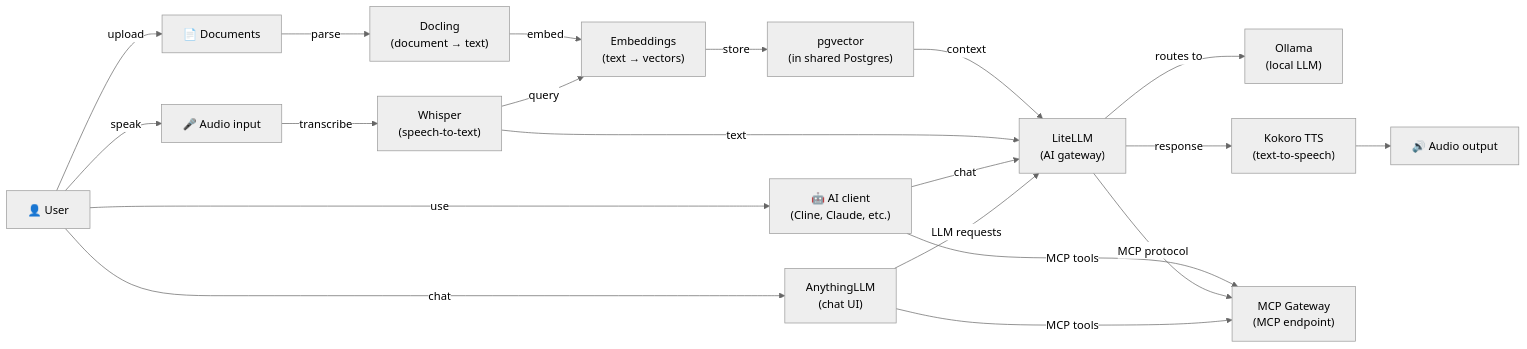
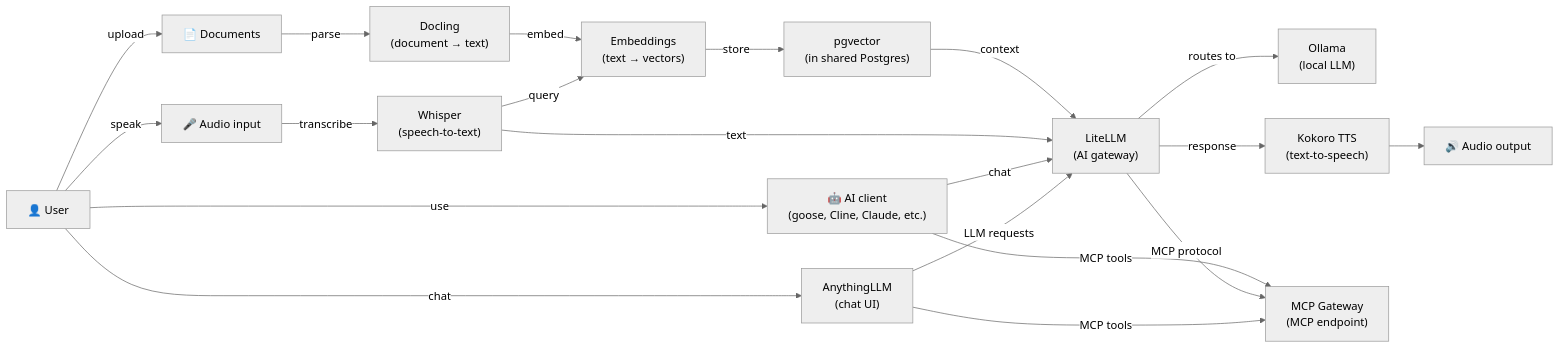
Before and after one commit to hwdsl2/self-hosted-ai-stack: the diagram in README.md, drawn with Mermaid (neutral theme). The commit also changed other lines of this file and 12 other files, not shown here.

````diff
--- a/README.md
+++ b/README.md
@@ -185,22 +190,22 @@
 ```mermaid
 graph LR
     A["🎤 Audio input"] -->|transcribe| W["Whisper<br/>(speech-to-text)"]
     D["📄 Documents"] -->|parse| DC["Docling<br/>(document → text)"]
     DC -->|embed| E["Embeddings<br/>(text → vectors)"]
     E -->|store| VDB["pgvector<br/>(in shared Postgres)"]
     W -->|query| E
     VDB -->|context| L["LiteLLM<br/>(AI gateway)"]
     W -->|text| L
     L -->|routes to| O["Ollama<br/>(local LLM)"]
     L -->|response| T["Kokoro TTS<br/>(text-to-speech)"]
     T --> B["🔊 Audio output"]
-    C["🤖 AI client<br/>(Cline, Claude, etc.)"] -->|MCP tools| M["MCP Gateway<br/>(MCP endpoint)"]
+    C["🤖 AI client<br/>(goose, Cline, Claude, etc.)"] -->|MCP tools| M["MCP Gateway<br/>(MCP endpoint)"]
     C -->|chat| L
     L -->|MCP protocol| M
     U["👤 User"] -->|chat| AN["AnythingLLM<br/>(chat UI)"]
     AN -->|LLM requests| L
     AN -->|MCP tools| M
     U -->|use| C
     U -->|speak| A
     U -->|upload| D
 ```
````
